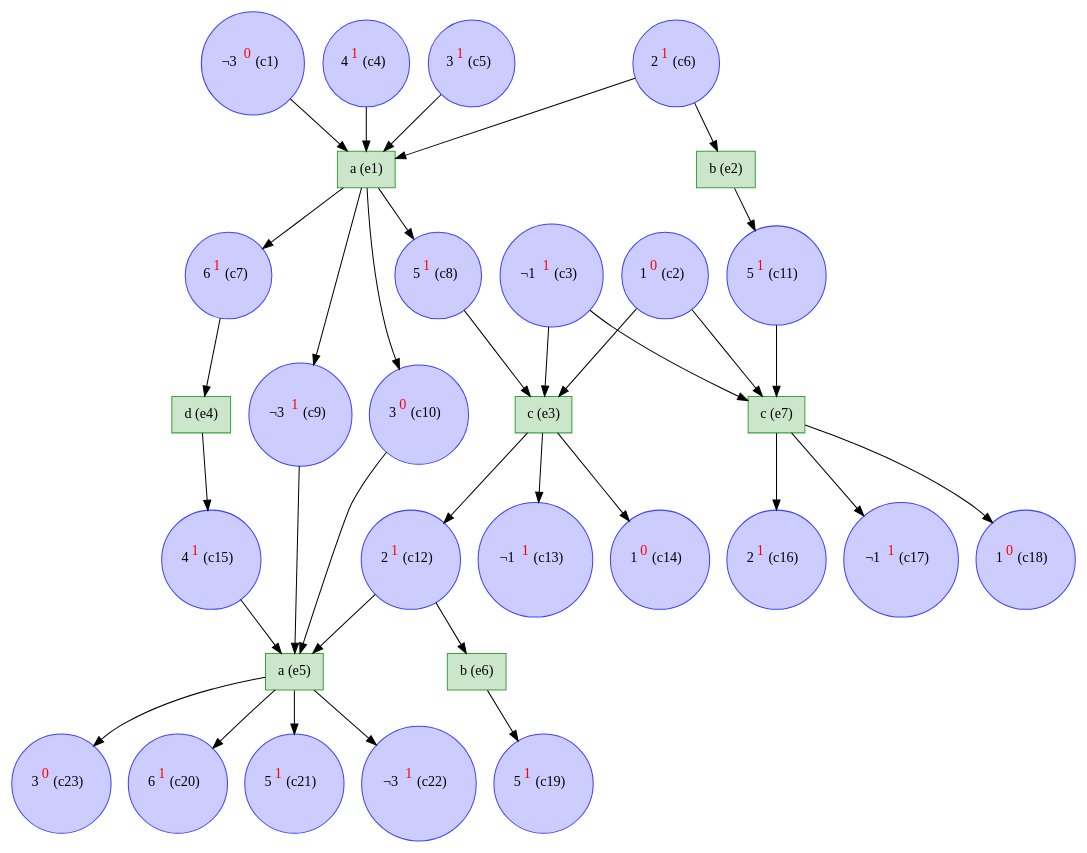
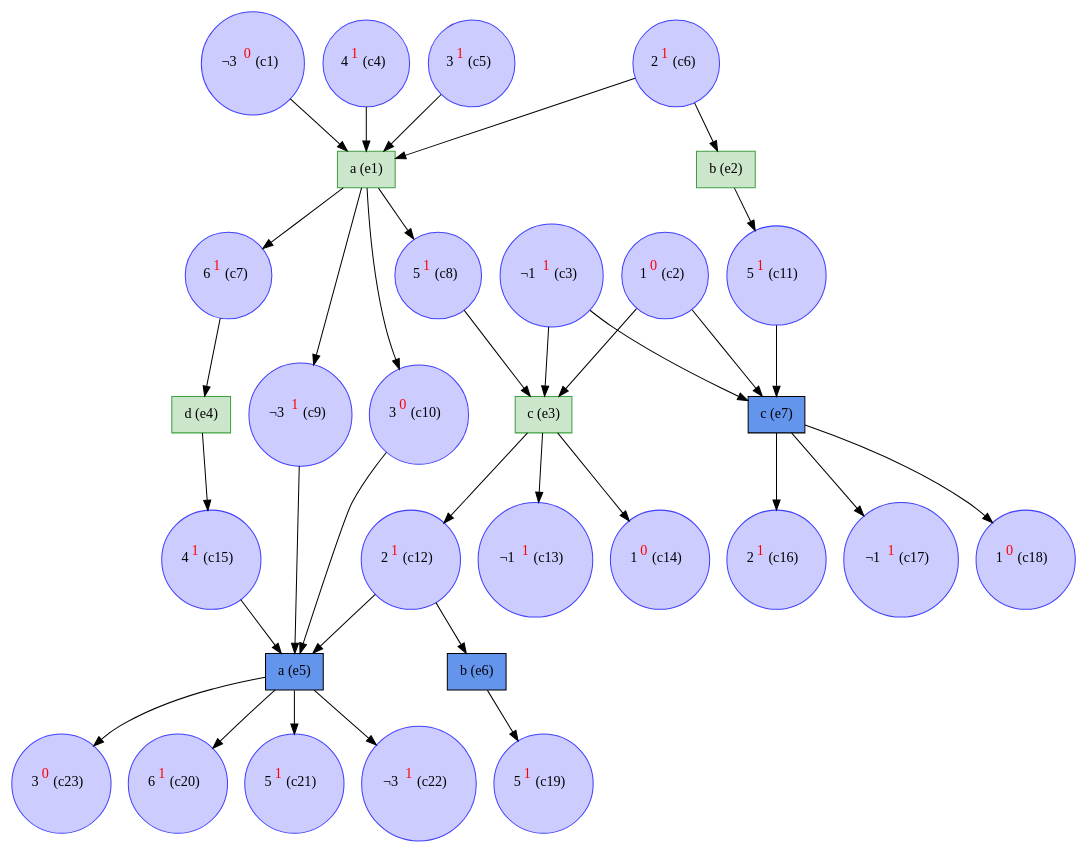
Before and after one commit to giannkas/ecofolder: the diagram in examples/stefan_slide/stefan_slide_resets_rs_unf.dot, drawn with Graphviz. The commit also changed 23 other files, not shown here.

```diff
--- a/examples/stefan_slide/stefan_slide_resets_rs_unf.dot
+++ b/examples/stefan_slide/stefan_slide_resets_rs_unf.dot
@@ -1,66 +1,66 @@
 digraph test {
   c1 -> e1;
   c2 -> e7;
   c2 -> e3;
   c3 -> e7;
   c3 -> e3;
   c4 -> e1;
   c5 -> e1;
   c6 -> e2;
   c6 -> e1;
   e1 -> c7;
   c7 -> e4;
   e1 -> c8;
   c8 -> e3;
   e1 -> c9;
   c9 -> e5;
   e1 -> c10;
   c10 -> e5;
   e2 -> c11;
   c11 -> e7;
   e3 -> c12;
   c12 -> e5;
   c12 -> e6;
   e3 -> c13;
   e3 -> c14;
   e4 -> c15;
   c15 -> e5;
   e7 -> c16;
   e7 -> c17;
   e7 -> c18;
   e6 -> c19;
   e5 -> c20;
   e5 -> c21;
   e5 -> c22;
   e5 -> c23;
   c1 [color="#4040ff" fillcolor="#ccccff" label= <¬3<FONT COLOR="red"><SUP>0</SUP></FONT>&nbsp;(c1)> shape=circle style=filled];
   c2 [color="#4040ff" fillcolor="#ccccff" label= <1<FONT COLOR="red"><SUP>0</SUP></FONT>&nbsp;(c2)> shape=circle style=filled];
   c3 [color="#4040ff" fillcolor="#ccccff" label= <¬1<FONT COLOR="red"><SUP>1</SUP></FONT>&nbsp;(c3)> shape=circle style=filled];
   c4 [color="#4040ff" fillcolor="#ccccff" label= <4<FONT COLOR="red"><SUP>1</SUP></FONT>&nbsp;(c4)> shape=circle style=filled];
   c5 [color="#4040ff" fillcolor="#ccccff" label= <3<FONT COLOR="red"><SUP>1</SUP></FONT>&nbsp;(c5)> shape=circle style=filled];
   c6 [color="#4040ff" fillcolor="#ccccff" label= <2<FONT COLOR="red"><SUP>1</SUP></FONT>&nbsp;(c6)> shape=circle style=filled];
   c7 [color="#4040ff" fillcolor="#ccccff" label= <6<FONT COLOR="red"><SUP>1</SUP></FONT>&nbsp;(c7)> shape=circle style=filled];
   c8 [color="#4040ff" fillcolor="#ccccff" label= <5<FONT COLOR="red"><SUP>1</SUP></FONT>&nbsp;(c8)> shape=circle style=filled];
   c9 [color="#4040ff" fillcolor="#ccccff" label= <¬3<FONT COLOR="red"><SUP>1</SUP></FONT>&nbsp;(c9)> shape=circle style=filled];
   c10 [color="#4040ff" fillcolor="#ccccff" label= <3<FONT COLOR="red"><SUP>0</SUP></FONT>&nbsp;(c10)> shape=circle style=filled];
   c11 [color="#4040ff" fillcolor="#ccccff" label= <5<FONT COLOR="red"><SUP>1</SUP></FONT>&nbsp;(c11)> shape=circle style=filled];
   c12 [color="#4040ff" fillcolor="#ccccff" label= <2<FONT COLOR="red"><SUP>1</SUP></FONT>&nbsp;(c12)> shape=circle style=filled];
   c13 [color="#4040ff" fillcolor="#ccccff" label= <¬1<FONT COLOR="red"><SUP>1</SUP></FONT>&nbsp;(c13)> shape=circle style=filled];
   c14 [color="#4040ff" fillcolor="#ccccff" label= <1<FONT COLOR="red"><SUP>0</SUP></FONT>&nbsp;(c14)> shape=circle style=filled];
   c15 [color="#4040ff" fillcolor="#ccccff" label= <4<FONT COLOR="red"><SUP>1</SUP></FONT>&nbsp;(c15)> shape=circle style=filled];
   c16 [color="#4040ff" fillcolor="#ccccff" label= <2<FONT COLOR="red"><SUP>1</SUP></FONT>&nbsp;(c16)> shape=circle style=filled];
   c17 [color="#4040ff" fillcolor="#ccccff" label= <¬1<FONT COLOR="red"><SUP>1</SUP></FONT>&nbsp;(c17)> shape=circle style=filled];
   c18 [color="#4040ff" fillcolor="#ccccff" label= <1<FONT COLOR="red"><SUP>0</SUP></FONT>&nbsp;(c18)> shape=circle style=filled];
   c19 [color="#4040ff" fillcolor="#ccccff" label= <5<FONT COLOR="red"><SUP>1</SUP></FONT>&nbsp;(c19)> shape=circle style=filled];
   c20 [color="#4040ff" fillcolor="#ccccff" label= <6<FONT COLOR="red"><SUP>1</SUP></FONT>&nbsp;(c20)> shape=circle style=filled];
   c21 [color="#4040ff" fillcolor="#ccccff" label= <5<FONT COLOR="red"><SUP>1</SUP></FONT>&nbsp;(c21)> shape=circle style=filled];
   c22 [color="#4040ff" fillcolor="#ccccff" label= <¬3<FONT COLOR="red"><SUP>1</SUP></FONT>&nbsp;(c22)> shape=circle style=filled];
   c23 [color="#4040ff" fillcolor="#ccccff" label= <3<FONT COLOR="red"><SUP>0</SUP></FONT>&nbsp;(c23)> shape=circle style=filled];
   e1 [color="#409f40" fillcolor="#cce6cc" label="a (e1)" shape=box style=filled];
   e2 [color="#409f40" fillcolor="#cce6cc" label="b (e2)" shape=box style=filled];
   e3 [color="#409f40" fillcolor="#cce6cc" label="c (e3)" shape=box style=filled];
   e4 [color="#409f40" fillcolor="#cce6cc" label="d (e4)" shape=box style=filled];
-  e5 [color="#409f40" fillcolor="#cce6cc" label="a (e5)" shape=box style=filled];
-  e6 [color="#409f40" fillcolor="#cce6cc" label="b (e6)" shape=box style=filled];
-  e7 [color="#409f40" fillcolor="#cce6cc" label="c (e7)" shape=box style=filled];
+  e5 [color=black fillcolor=cornflowerblue label="a (e5)" shape=box style=filled];
+  e6 [color=black fillcolor=cornflowerblue label="b (e6)" shape=box style=filled];
+  e7 [color=black fillcolor=cornflowerblue label="c (e7)" shape=box style=filled];
 }
```
